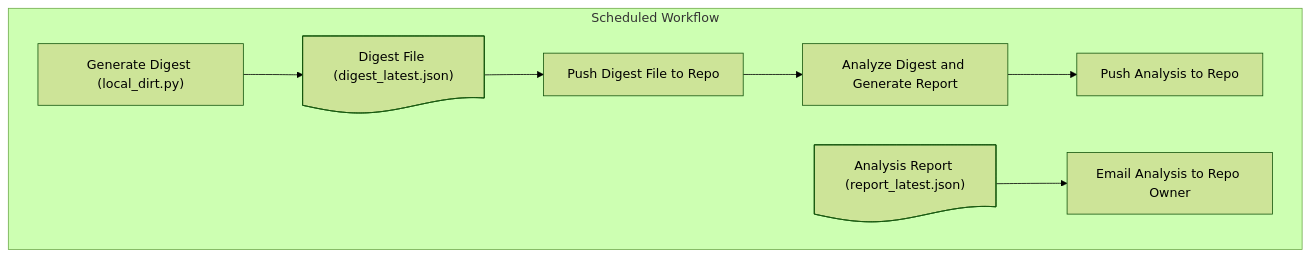
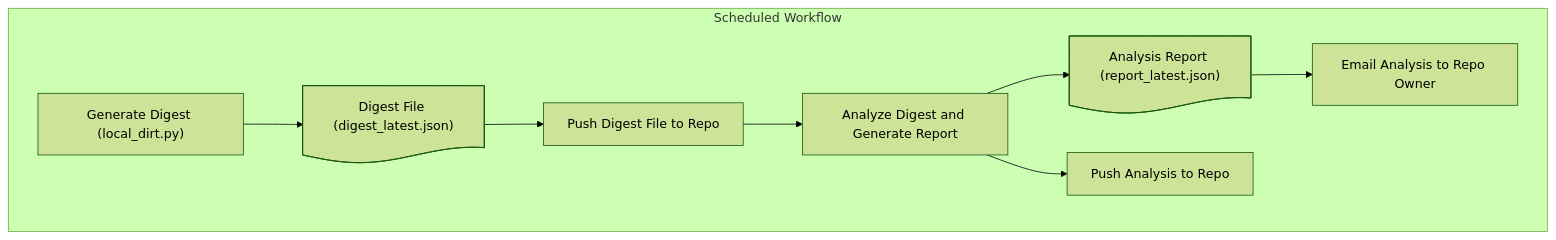
The diagram in README.md (hoosierjay/local-dirt), drawn with Mermaid (forest theme) before and after one commit.

Commit message:
Add transition from Step6.1 to Step6.2 in README

````diff
--- a/README.md
+++ b/README.md
@@ -30,17 +30,18 @@
 ```mermaid
 flowchart TD
   subgraph Scheduled Workflow
     Step4.1@{ shape: rect, label: "Generate Digest (local_dirt.py)" }
     Step4.2@{ shape: doc, label: "Digest File (digest_latest.json)" }
     Step5.1@{ shape: rect, label: "Push Digest File to Repo" }
     Step6.1@{ shape: rect, label: "Analyze Digest and Generate Report" }
     Step6.2@{ shape: doc, label: "Analysis Report (report_latest.json)" }
     Step7.1@{ shape: rect, label: "Push Analysis to Repo" }
     Step8.1@{ shape: rect, label: "Email Analysis to Repo Owner" }
   end
   Step4.1 --> Step4.2
   Step4.2 --> Step5.1
   Step5.1 --> Step6.1
+  Step6.1 --> Step6.2
   Step6.1 --> Step7.1
   Step6.2 --> Step8.1
 ```
````
